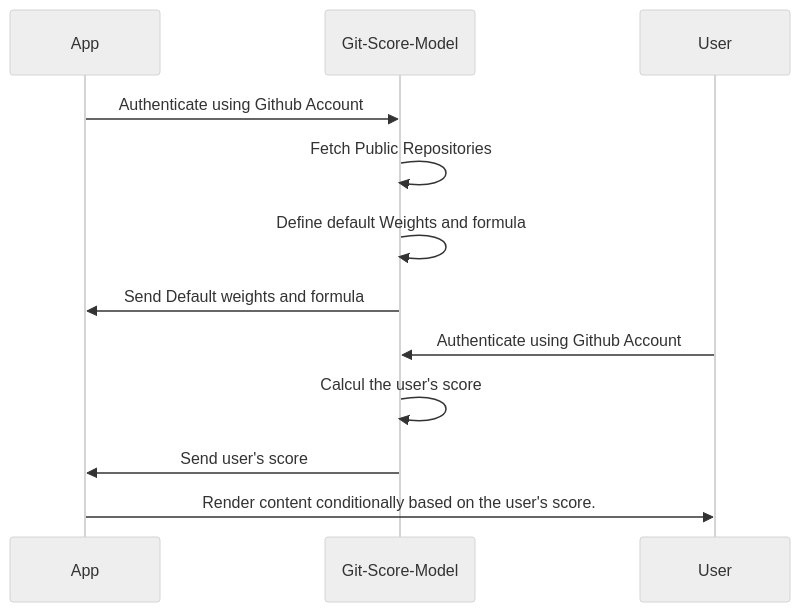
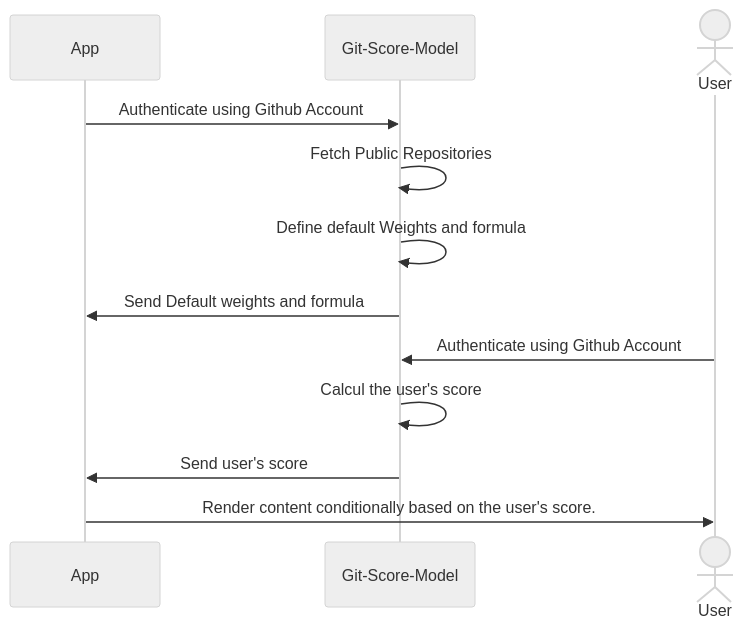
The diagram in README.md (zakarialaoui10/git-score), drawn with Mermaid (neutral theme) before and after one commit.

````diff
--- a/README.md
+++ b/README.md
@@ -3,14 +3,14 @@
 ```mermaid
 sequenceDiagram
     participant App
-    participant Git-Score-Model
-    participant User
-    App->>Git-Score-Model: Authenticate using Github Account
-    Git-Score-Model->>Git-Score-Model : Fetch Public Repositories
-    Git-Score-Model->>Git-Score-Model : Define default Weights and formula
-    Git-Score-Model->>App : Send Default weights and formula
-    User->> Git-Score-Model : Authenticate using Github Account
-    Git-Score-Model->>Git-Score-Model : Calcul the user's score
-    Git-Score-Model->>App : Send user's score
+    participant GSM as Git-Score-Model
+    actor User
+    App->>GSM: Authenticate using Github Account
+    GSM->>GSM : Fetch Public Repositories
+    GSM->>GSM : Define default Weights and formula
+    GSM->>App : Send Default weights and formula
+    User->> GSM : Authenticate using Github Account
+    GSM->>GSM : Calcul the user's score
+    GSM->>App : Send user's score
     App->>User : Render content conditionally based on the user's score.
 ```
````
